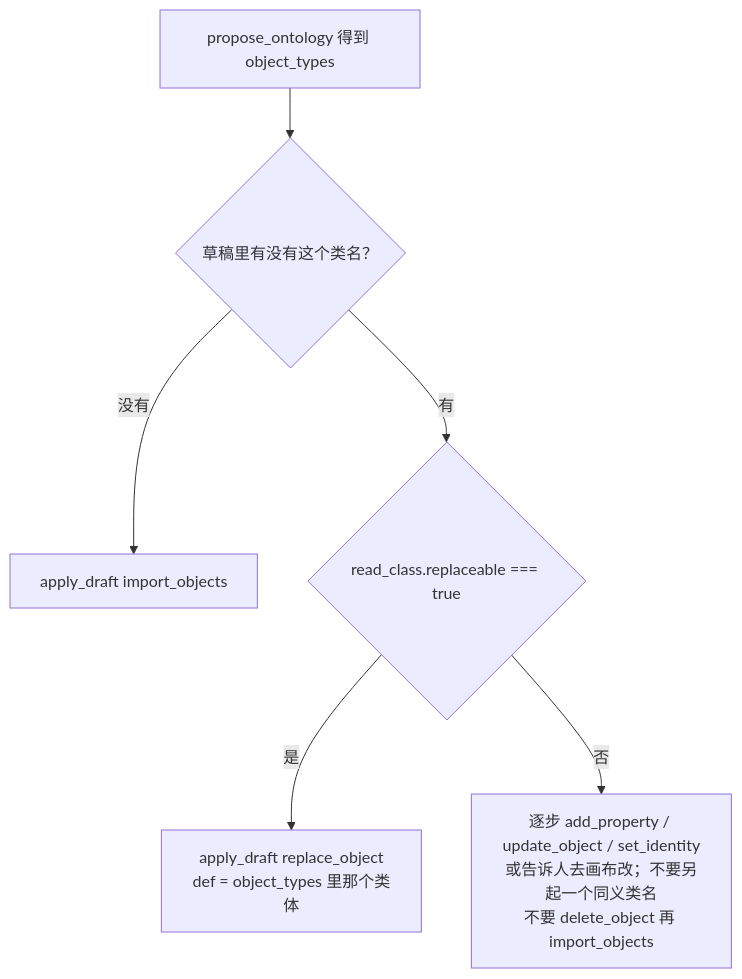
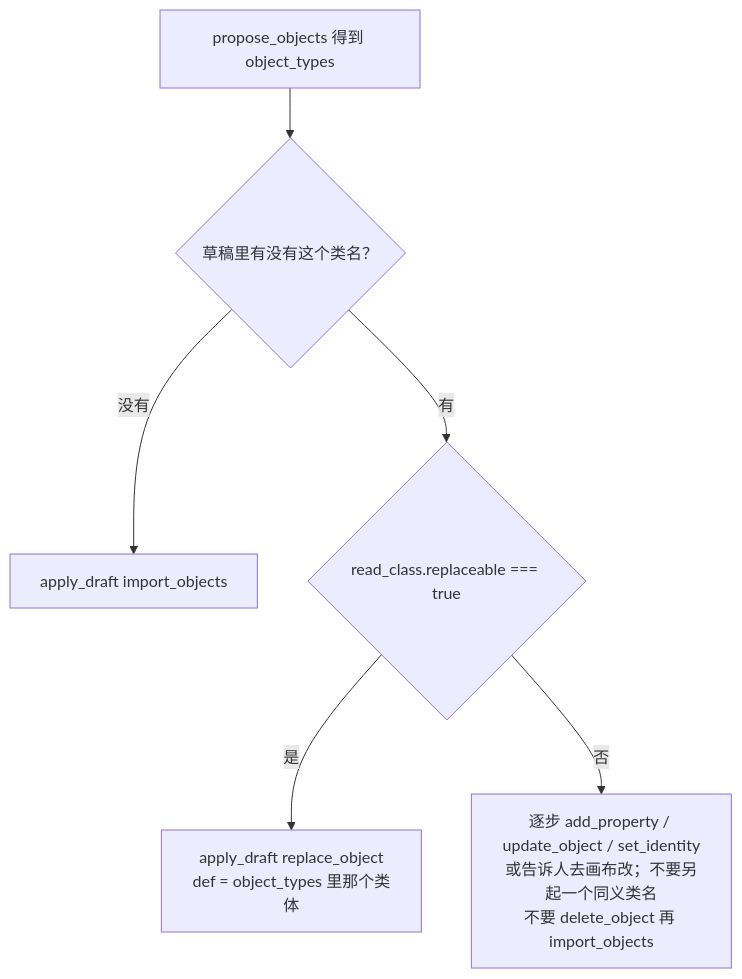
The third of 3 diagrams in docs/外部Agent编辑画布.md (majiang213/Ontos), drawn with Mermaid before and after one commit. The commit also changed other lines of this file and 50 other files, not shown here.

````diff
--- a/docs/外部Agent编辑画布.md
+++ b/docs/外部Agent编辑画布.md
@@ -794,9 +794,9 @@
 ```mermaid
 flowchart TD
-  P["propose_ontology 得到 object_types"]
+  P["propose_objects 得到 object_types"]
   P --> Q{"草稿里有没有这个类名？"}
   Q -->|"没有"| Imp["apply_draft import_objects"]
   Q -->|"有"| R{"read_class.replaceable === true"}
   R -->|"是"| Rep["apply_draft replace_object<br/>def = object_types 里那个类体"]
   R -->|"否"| S["逐步 add_property / update_object / set_identity<br/>或告诉人去画布改；不要另起一个同义类名<br/>不要 delete_object 再 import_objects"]
 ```
````
